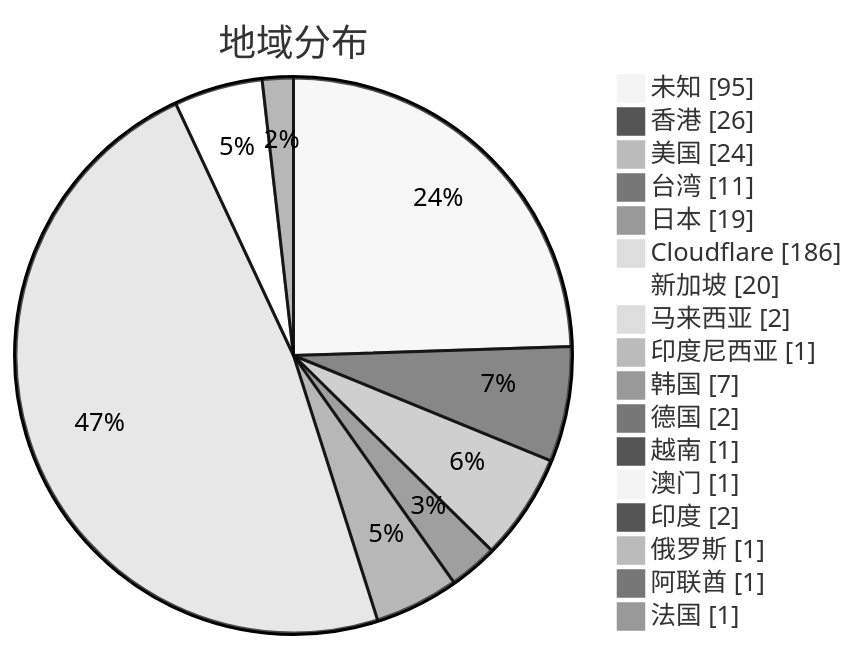
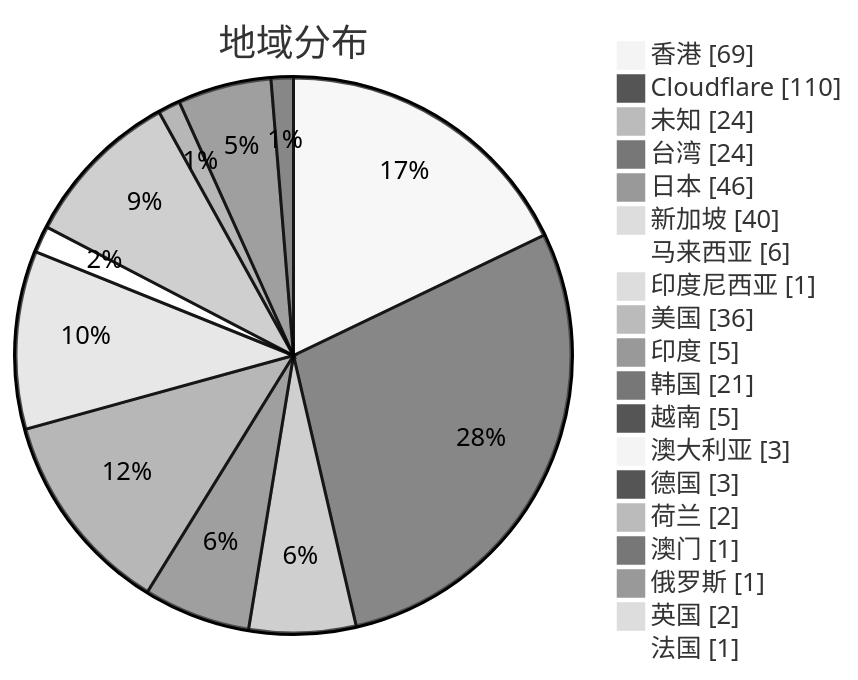
Before and after one commit to qjlxg/airport: the second of 3 diagrams in subs/statistics/tested_within.md, drawn with Mermaid (neutral theme). The commit also changed other lines of this file and 2 other files, not shown here.

Commit message:
Tested by metaST

````diff
--- a/subs/statistics/tested_within.md
+++ b/subs/statistics/tested_within.md
@@ -13,21 +13,23 @@
 ```mermaid
 pie showData
 title 地域分布
-"未知" : 95
-"香港" : 26
-"美国" : 24
-"台湾" : 11
-"日本" : 19
-"Cloudflare" : 186
-"新加坡" : 20
-"马来西亚" : 2
+"香港" : 69
+"Cloudflare" : 110
+"未知" : 24
+"台湾" : 24
+"日本" : 46
+"新加坡" : 40
+"马来西亚" : 6
 "印度尼西亚" : 1
-"韩国" : 7
-"德国" : 2
-"越南" : 1
+"美国" : 36
+"印度" : 5
+"韩国" : 21
+"越南" : 5
+"澳大利亚" : 3
+"德国" : 3
+"荷兰" : 2
 "澳门" : 1
-"印度" : 2
 "俄罗斯" : 1
-"阿联酋" : 1
+"英国" : 2
 "法国" : 1
 ```
````
